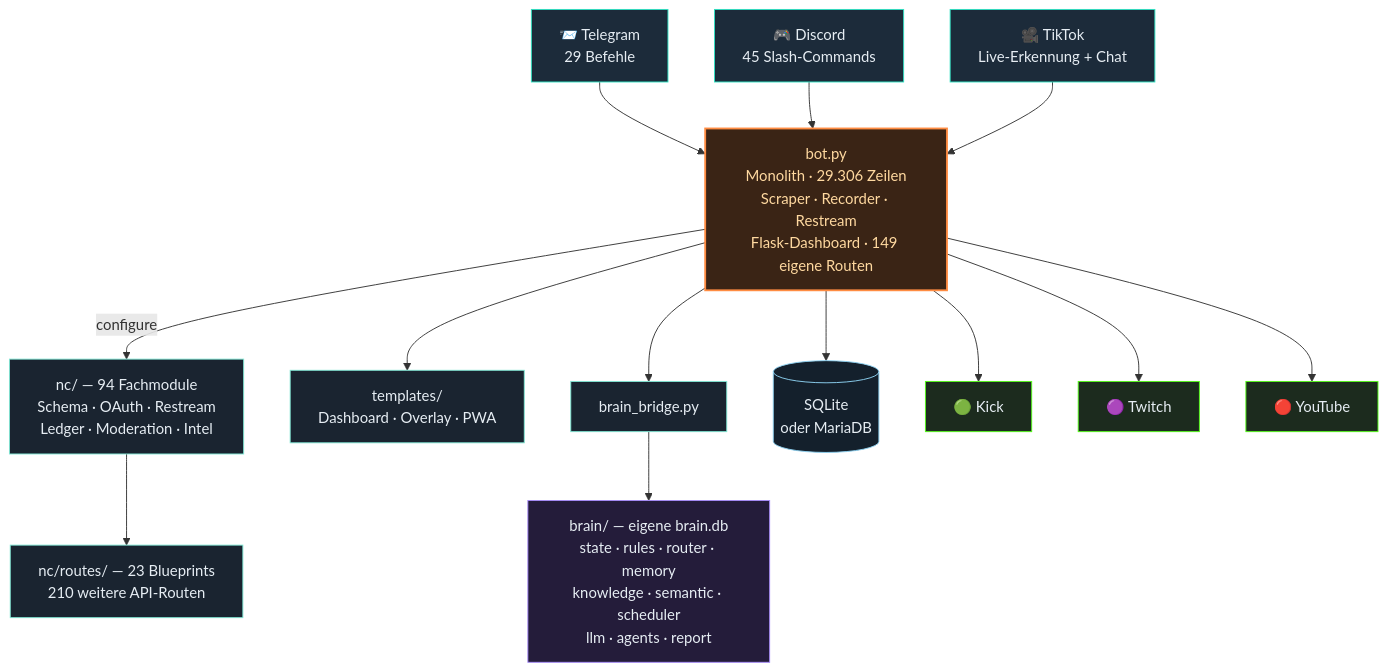
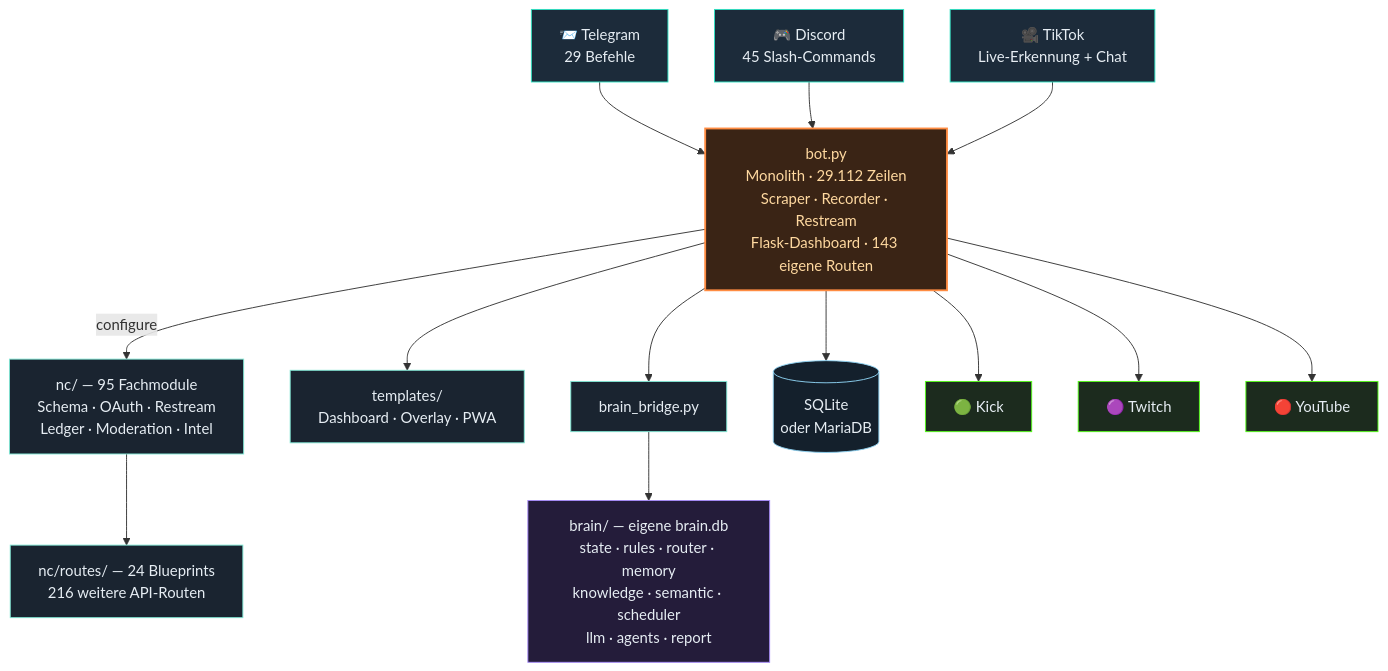
The third of 4 diagrams in README.md (itsamemedev/Telegram-Stream-Info-Bot), drawn with Mermaid before and after one commit. The commit also changed other lines of this file and 12 other files, not shown here.

````diff
--- a/README.md
+++ b/README.md
@@ -189,30 +189,30 @@
 ```mermaid
 flowchart TB
     TG["📨 Telegram<br/>29 Befehle"]:::ein
     DC["🎮 Discord<br/>45 Slash-Commands"]:::ein
     TT["🎥 TikTok<br/>Live-Erkennung + Chat"]:::ein
 
     TG --> BOT
     DC --> BOT
     TT --> BOT
 
-    BOT["bot.py<br/>Monolith · 29.306 Zeilen<br/>Scraper · Recorder · Restream<br/>Flask-Dashboard · 149 eigene Routen"]:::core
+    BOT["bot.py<br/>Monolith · 29.112 Zeilen<br/>Scraper · Recorder · Restream<br/>Flask-Dashboard · 143 eigene Routen"]:::core
 
-    BOT -->|configure| NC["nc/ — 94 Fachmodule<br/>Schema · OAuth · Restream<br/>Ledger · Moderation · Intel"]:::lib
-    NC --> RT["nc/routes/ — 23 Blueprints<br/>210 weitere API-Routen"]:::lib
+    BOT -->|configure| NC["nc/ — 95 Fachmodule<br/>Schema · OAuth · Restream<br/>Ledger · Moderation · Intel"]:::lib
+    NC --> RT["nc/routes/ — 24 Blueprints<br/>216 weitere API-Routen"]:::lib
     BOT --> TPL["templates/<br/>Dashboard · Overlay · PWA"]:::lib
     BOT --> BR["brain_bridge.py"]:::lib
     BR --> BRAIN["brain/ — eigene brain.db<br/>state · rules · router · memory<br/>knowledge · semantic · scheduler<br/>llm · agents · report"]:::brain
     BOT --> DB[("SQLite<br/>oder MariaDB")]:::db
 
     BOT --> KICK["🟢 Kick"]:::out
     BOT --> TW["🟣 Twitch"]:::out
     BOT --> YT["🔴 YouTube"]:::out
 
     classDef ein fill:#1c2b3a,stroke:#2de1c2,color:#e6edf3
     classDef core fill:#3a2415,stroke:#ff8c42,stroke-width:2px,color:#ffd9a0
     classDef lib fill:#1a2430,stroke:#7fe7d4,color:#e6edf3
     classDef brain fill:#241c3a,stroke:#a78bfa,color:#e6edf3
     classDef db fill:#14202c,stroke:#8fd3f4,color:#e6edf3
     classDef out fill:#1c2b1e,stroke:#53fc18,color:#e6edf3
 ```
````
